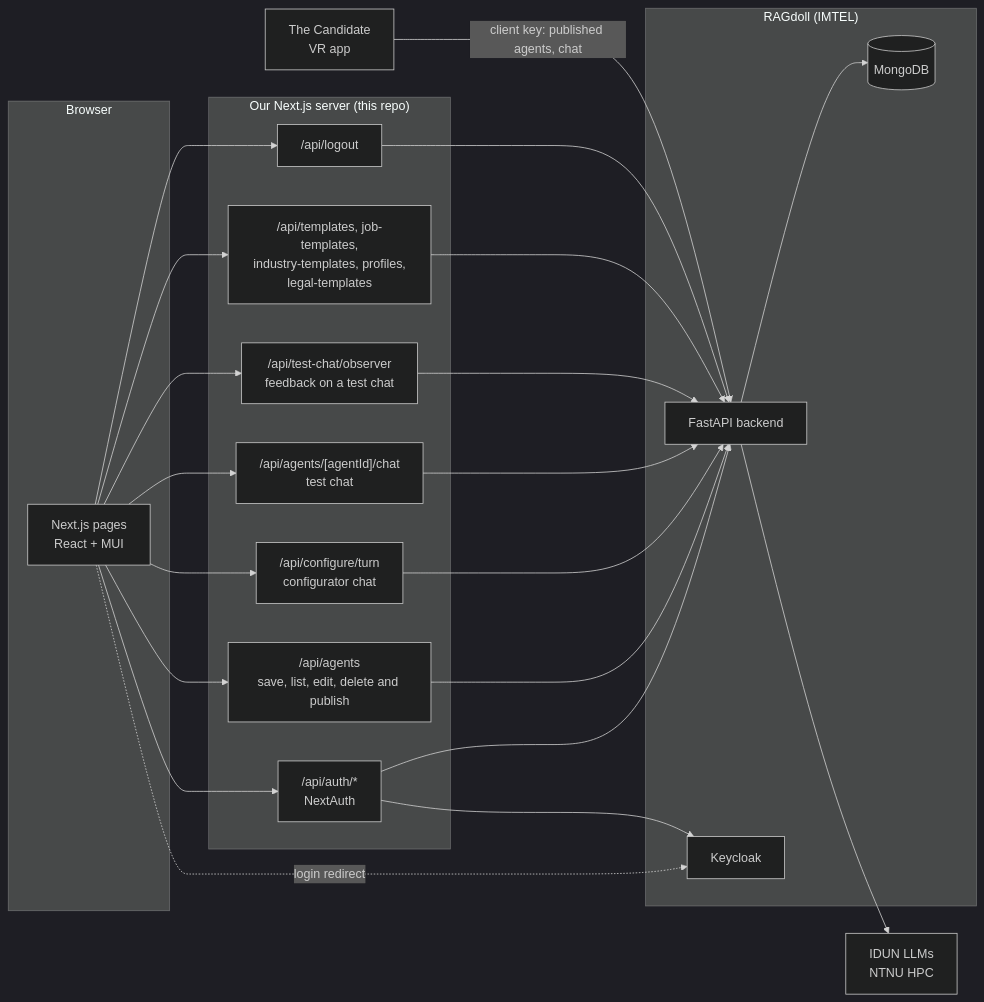
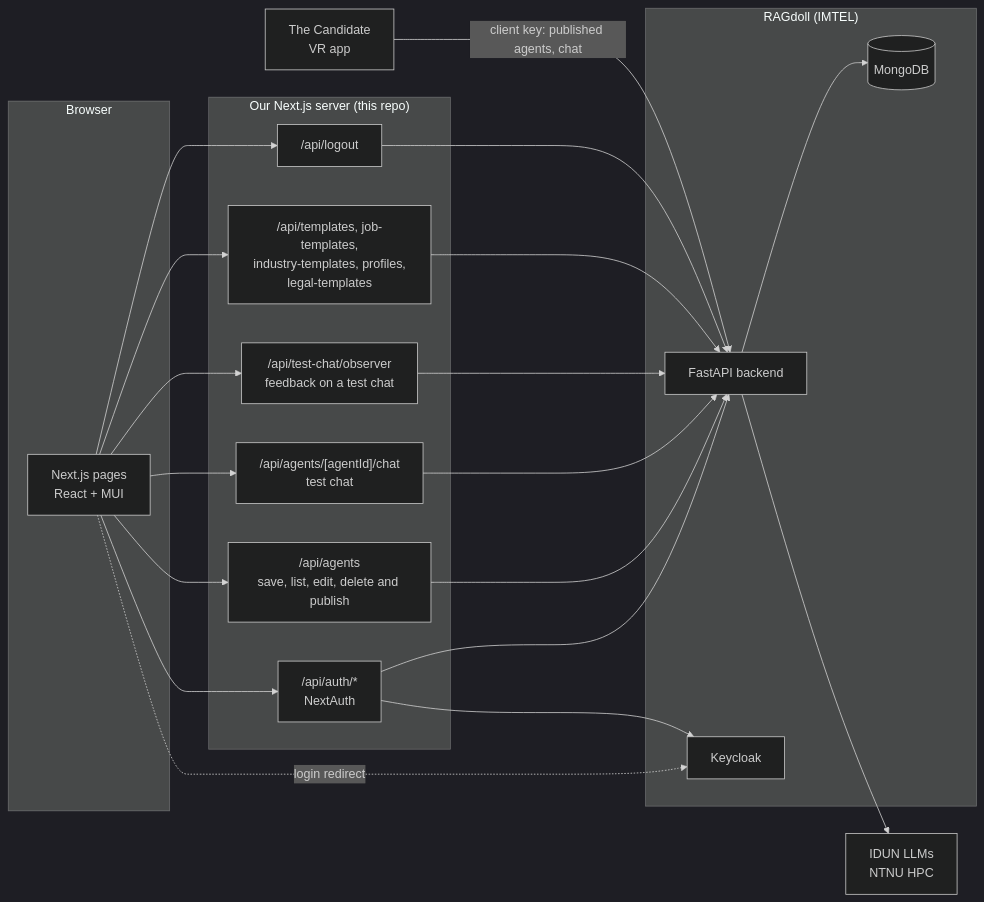
The first of 8 diagrams in docs/architecture.md (IMTEL/team-tdt4290-fall-2026), drawn with Mermaid (dark theme) before and after one commit. The commit also changed other lines of this file and 64 other files, not shown here.

````diff
--- a/docs/architecture.md
+++ b/docs/architecture.md
@@ -33,39 +33,37 @@
 ```mermaid
 flowchart LR
     subgraph Browser
         UI[Next.js pages<br/>React + MUI]
     end
 
     subgraph Frontend["Our Next.js server (this repo)"]
         Agents["/api/agents<br/>save, list, edit, delete and publish"]
-        Turn["/api/configure/turn<br/>configurator chat"]
         Chat["/api/agents/[agentId]/chat<br/>test chat"]
         Observer["/api/test-chat/observer<br/>feedback on a test chat"]
         Templates["/api/templates, job-templates,<br/>industry-templates, profiles,<br/>legal-templates"]
         Auth["/api/auth/*<br/>NextAuth"]
         Logout["/api/logout"]
     end
 
     subgraph RAGdoll["RAGdoll (IMTEL)"]
         API[FastAPI backend]
         KC[Keycloak]
         DB[(MongoDB)]
     end
 
     IDUN[IDUN LLMs<br/>NTNU HPC]
     TC[The Candidate<br/>VR app]
 
-    UI --> Agents & Turn & Chat & Observer & Templates & Auth & Logout
+    UI --> Agents & Chat & Observer & Templates & Auth & Logout
     UI -. login redirect .-> KC
     Auth --> KC
     Auth --> API
     Agents --> API
-    Turn --> API
     Chat --> API
     Observer --> API
     Templates --> API
     Logout --> API
     API --> DB
     API --> IDUN
     TC -- "client key: published agents, chat" --> API
 ```
````
